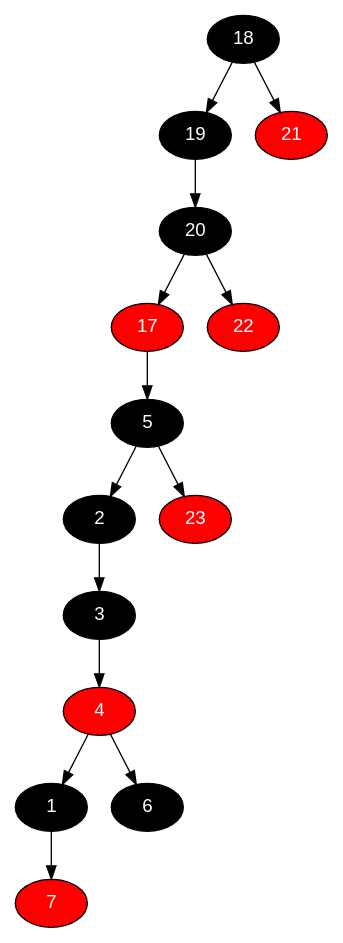
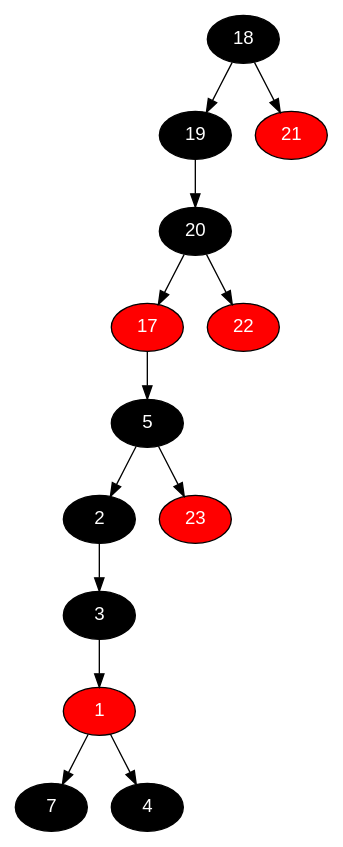
The diagram in T3/testes/vaso.dot (marcotuiio/Data_Structures), drawn with Graphviz before and after one commit. The commit also changed 7 other files, not shown here.

```diff
--- a/T3/testes/vaso.dot
+++ b/T3/testes/vaso.dot
@@ -1,35 +1,33 @@
 digraph RB_Teste {
 	node [fontname="Helvetica,Arial,sans-serif" style="filled"]
 	edge [fontname="Helvetica,Arial,sans-serif" color="black"]
 
 	{
 		node [fillcolor=" black" fontcolor=" white"] 18 
 		node [fillcolor=" black" fontcolor=" white"] 19 
 		node [fillcolor=" black" fontcolor=" white"] 20 
 		node [fillcolor=" red" fontcolor=" white"] 17 
 		node [fillcolor=" black" fontcolor=" white"] 5 
 		node [fillcolor=" black" fontcolor=" white"] 2 
 		node [fillcolor=" black" fontcolor=" white"] 3 
-		node [fillcolor=" red" fontcolor=" white"] 4 
-		node [fillcolor=" black" fontcolor=" white"] 1 
-		node [fillcolor=" red" fontcolor=" white"] 7 
-		node [fillcolor=" black" fontcolor=" white"] 6 
+		node [fillcolor=" red" fontcolor=" white"] 1 
+		node [fillcolor=" black" fontcolor=" white"] 7 
+		node [fillcolor=" black" fontcolor=" white"] 4 
 		node [fillcolor=" red" fontcolor=" white"] 23 
 		node [fillcolor=" red" fontcolor=" white"] 22 
 		node [fillcolor=" red" fontcolor=" white"] 21 
 	}
 
 	18 -> 19 
 	18 -> 21 
 	19 -> 20 
 	20 -> 17 
 	20 -> 22 
 	17 -> 5 
 	5 -> 2 
 	5 -> 23 
 	2 -> 3 
-	3 -> 4 
-	4 -> 1 
-	4 -> 6 
+	3 -> 1 
 	1 -> 7 
+	1 -> 4 
 }
```
